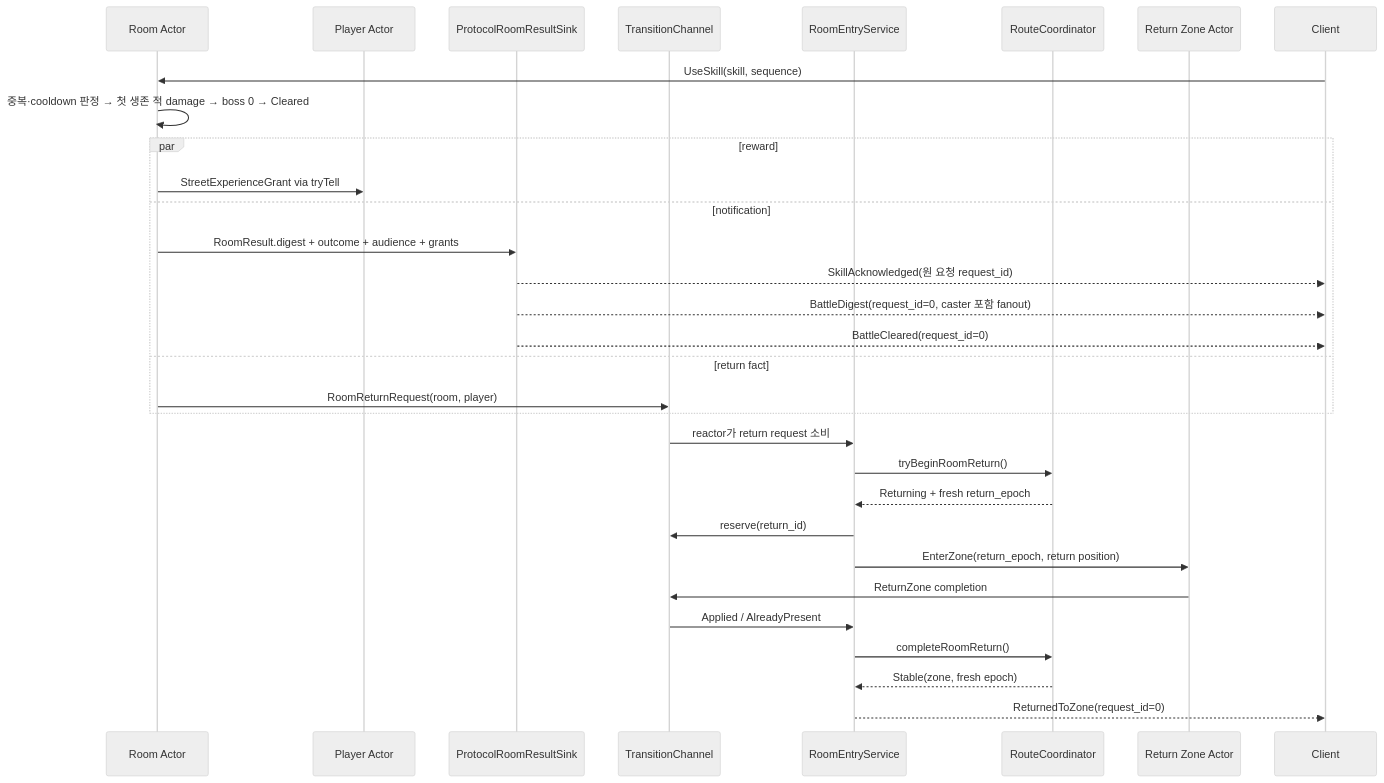
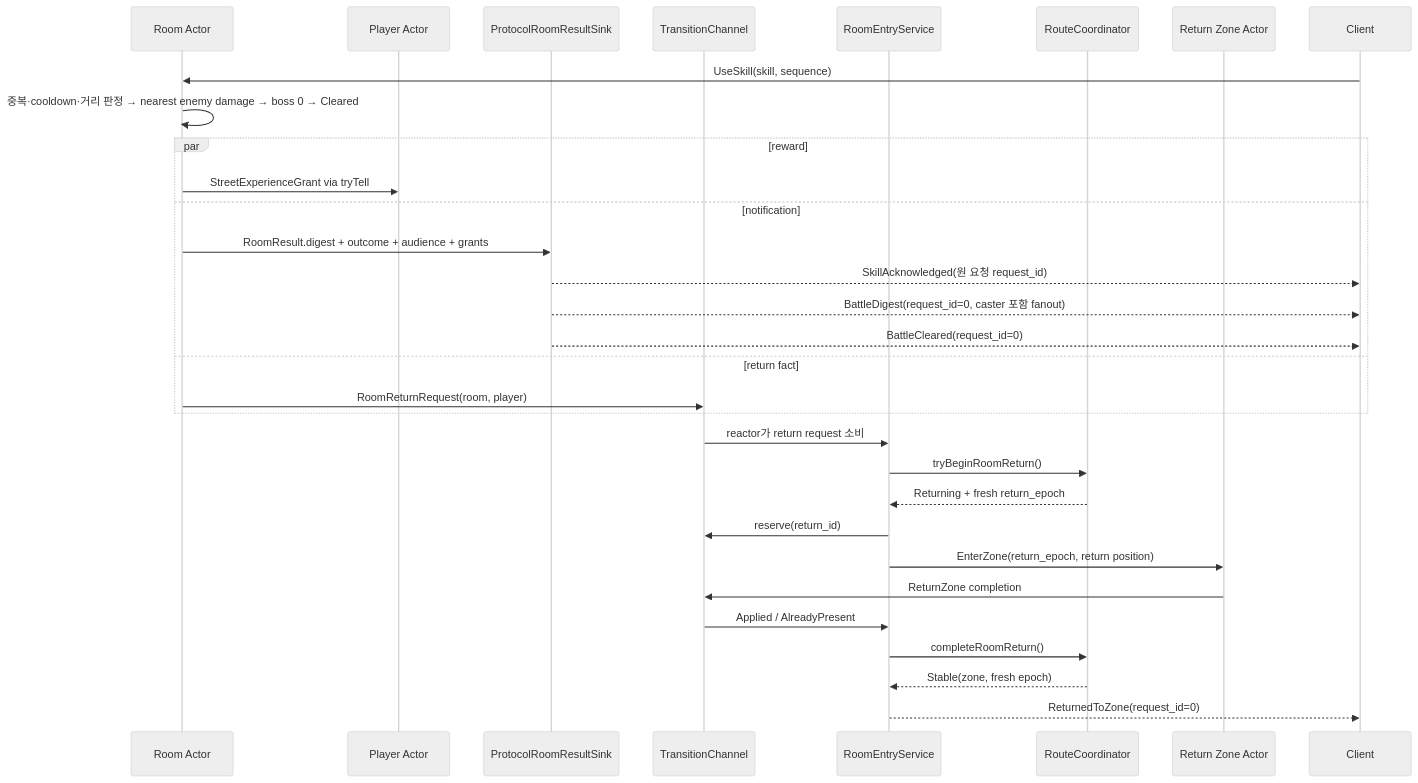
The fourth of 5 diagrams in docs/actor-interaction-architecture.md (oak-cassia/SnF), drawn with Mermaid (neutral theme) before and after one commit. The commit also changed other lines of this file and 3 other files, not shown here.

````diff
--- a/docs/actor-interaction-architecture.md
+++ b/docs/actor-interaction-architecture.md
@@ -303,34 +304,34 @@
 ```mermaid
 sequenceDiagram
     participant R as Room Actor
     participant P as Player Actor
     participant PS as ProtocolRoomResultSink
     participant Q as TransitionChannel
     participant S as RoomEntryService
     participant RC as RouteCoordinator
     participant Z as Return Zone Actor
     participant C as Client
 
     C->>R: UseSkill(skill, sequence)
-    R->>R: 중복·cooldown 판정 → 첫 생존 적 damage → boss 0 → Cleared
+    R->>R: 중복·cooldown·거리 판정 → nearest enemy damage → boss 0 → Cleared
     par reward
         R->>P: StreetExperienceGrant via tryTell
     and notification
         R->>PS: RoomResult.digest + outcome + audience + grants
         PS-->>C: SkillAcknowledged(원 요청 request_id)
         PS-->>C: BattleDigest(request_id=0, caster 포함 fanout)
         PS-->>C: BattleCleared(request_id=0)
     and return fact
         R->>Q: RoomReturnRequest(room, player)
     end
     Q->>S: reactor가 return request 소비
     S->>RC: tryBeginRoomReturn()
     RC-->>S: Returning + fresh return_epoch
     S->>Q: reserve(return_id)
     S->>Z: EnterZone(return_epoch, return position)
     Z->>Q: ReturnZone completion
     Q->>S: Applied / AlreadyPresent
     S->>RC: completeRoomReturn()
     RC-->>S: Stable(zone, fresh epoch)
     S-->>C: ReturnedToZone(request_id=0)
 ```
````
